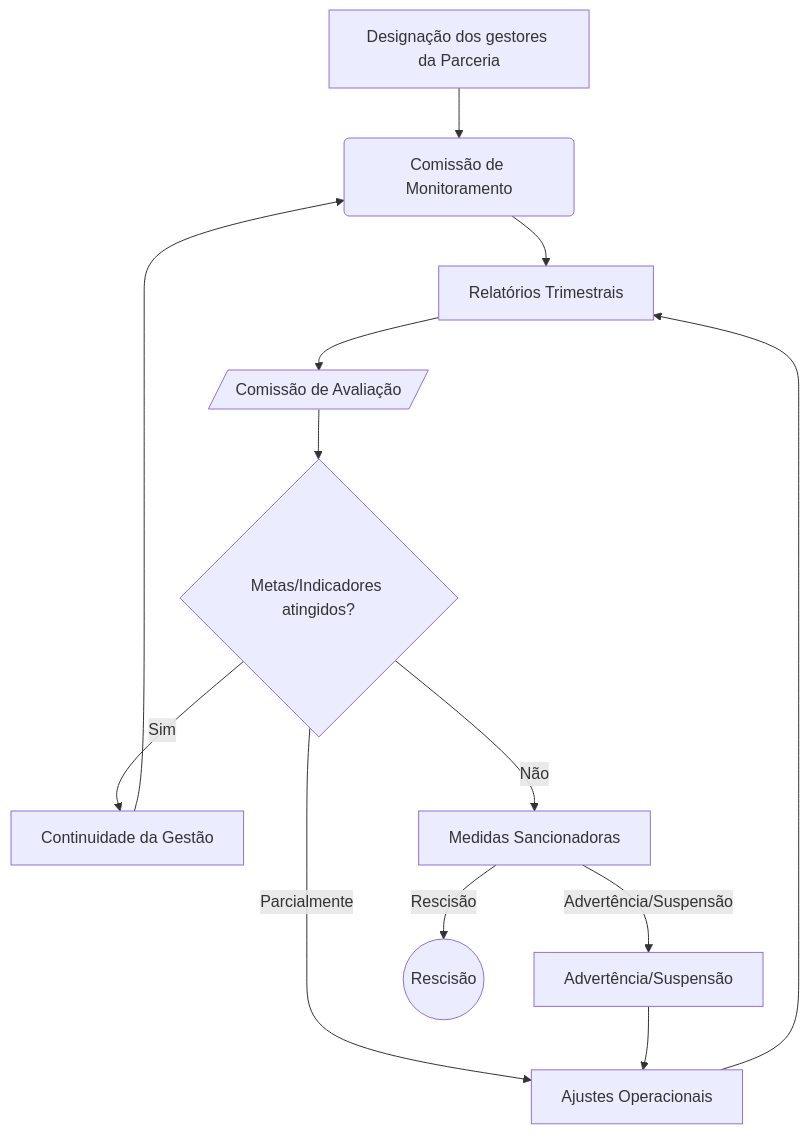
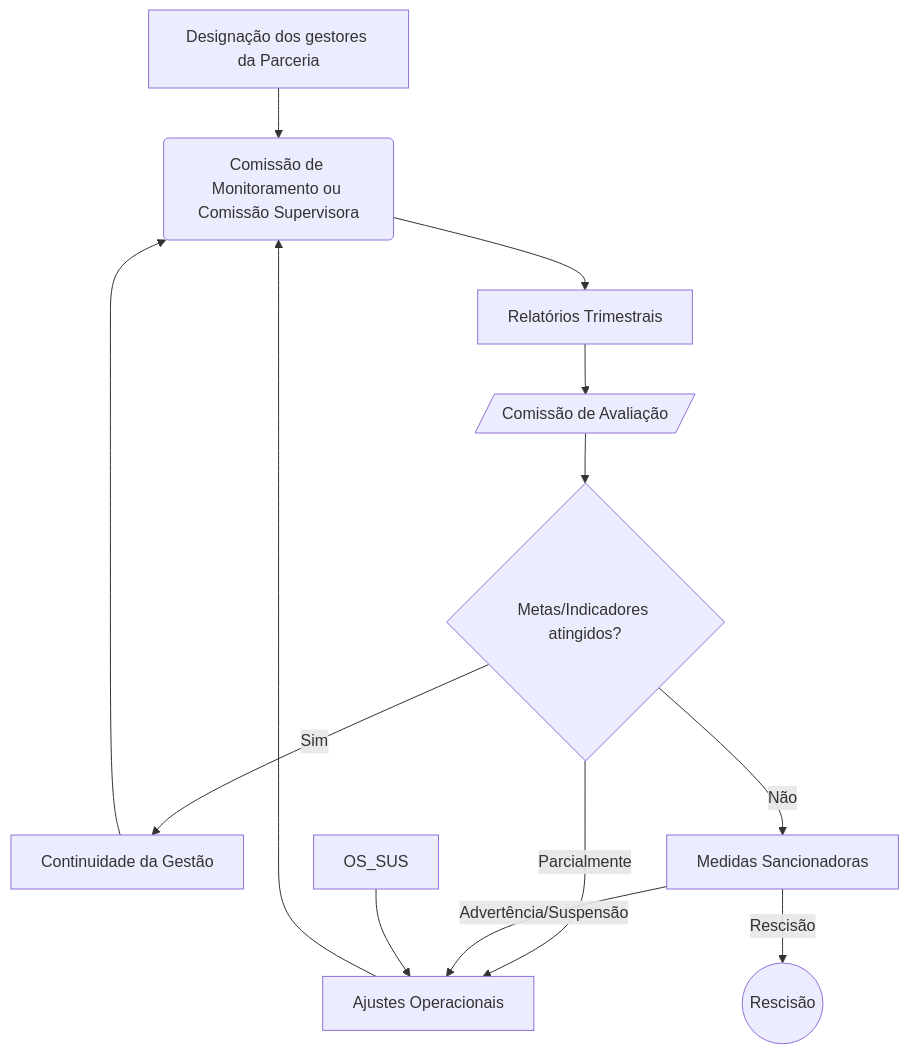
Before and after one commit to iepha-mg/manual.appi: the diagram in paginas/marcos_regulatorios/descentralizacao/README.md, drawn with Mermaid.

```diff
--- a/paginas/marcos_regulatorios/descentralizacao/README.md
+++ b/paginas/marcos_regulatorios/descentralizacao/README.md
@@ -99,25 +99,24 @@
 <div class="mermaid">
 flowchart TB
     OS_GESTORES@{ shape: rect, label: "Designação dos gestores da Parceria" }
-    OS_COM_MON@{ shape: rounded, label: "Comissão de Monitoramento" }
+    OS_COM_MON@{ shape: rounded, label: "Comissão de Monitoramento ou Comissão Supervisora" }
     OS_REL@{ shape: rect, label: "Relatórios Trimestrais" }
     OS_COM_AV@{ shape: lean-r, label: "Comissão de Avaliação" }
     OS_META@{ shape: diamond, label: "Metas/Indicadores atingidos?" }
     OS_CONT@{ shape: rect, label: "Continuidade da Gestão" }
     OS_SAN@{ shape: rect, label: "Medidas Sancionadoras" }
     OS_ADJ@{ shape: rect, label: "Ajustes Operacionais" }
-    OS_SUS@{ shape: rect, label: "Advertência/Suspensão" }
     OS_RES@{ shape: circle, label: "Rescisão" }
     OS_GESTORES --> OS_COM_MON
     OS_COM_MON --> OS_REL
     OS_REL --> OS_COM_AV
     OS_COM_AV --> OS_META
     OS_META -- Sim --> OS_CONT
     OS_CONT --> OS_COM_MON
     OS_META -- Parcialmente --> OS_ADJ
-    OS_ADJ --> OS_REL
+    OS_ADJ --> OS_COM_MON
     OS_META -- Não --> OS_SAN
-    OS_SAN -- Advertência/Suspensão --> OS_SUS
+    OS_SAN -- Advertência/Suspensão --> OS_ADJ
     OS_SUS --> OS_ADJ
     OS_SAN -- Rescisão --> OS_RES
 </div>
```
